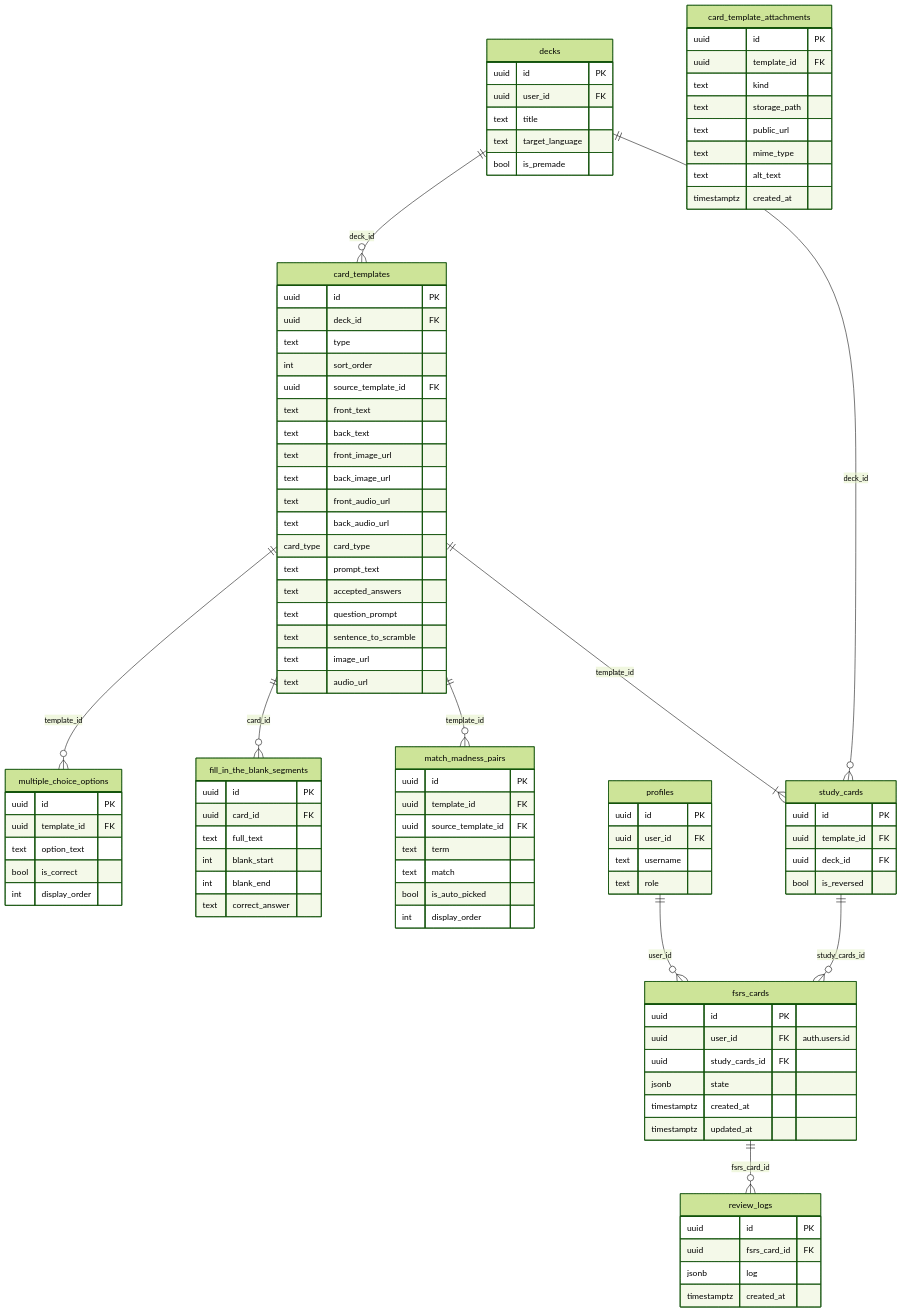
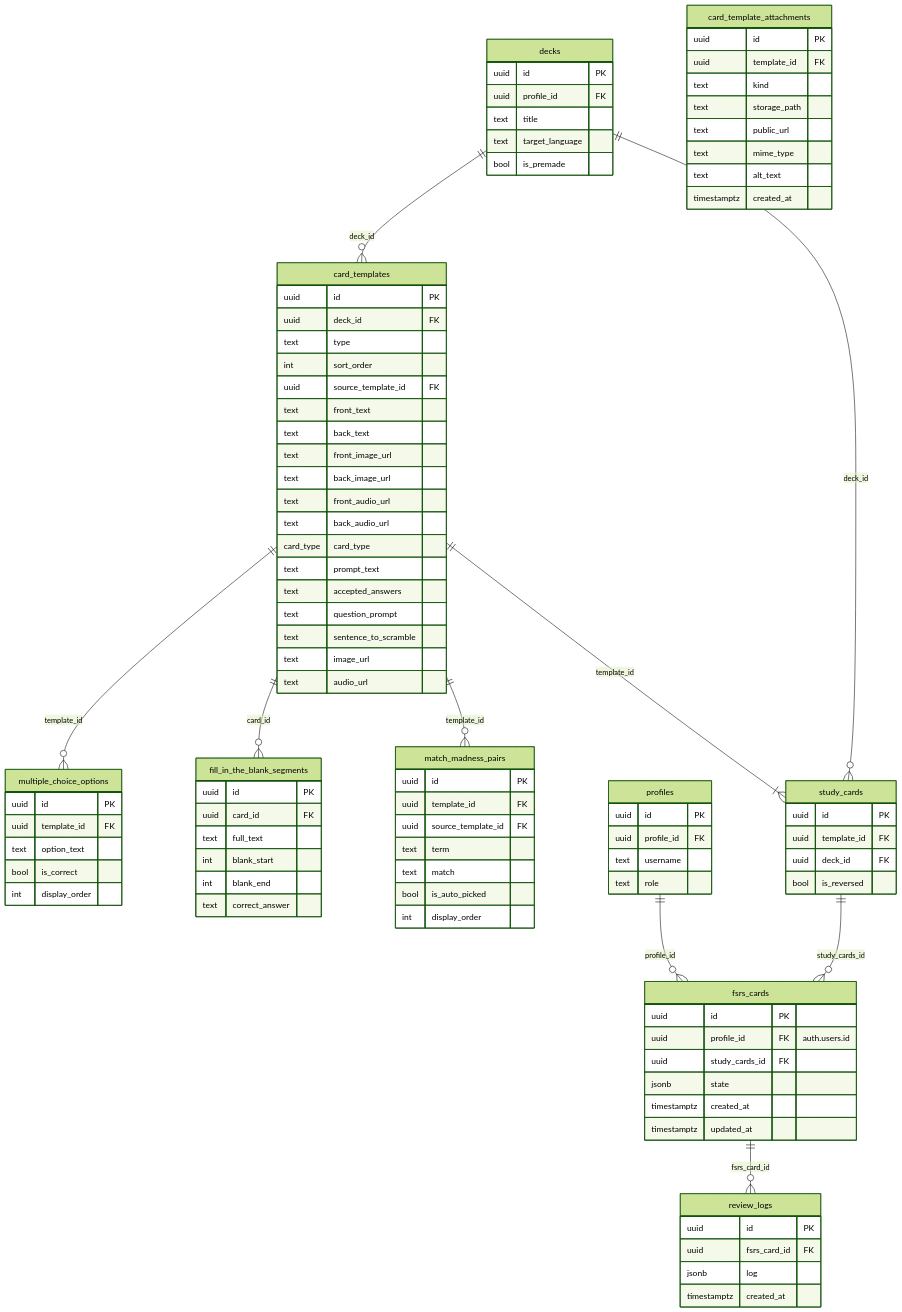
Before and after one commit to GuyWithBag/boo_mondai: the diagram in documentation/card_system.md, drawn with Mermaid (forest theme). The commit also changed other lines of this file and 10 other files, not shown here.

Commit message:
docs(project): refresh architecture and sync notes

````diff
--- a/documentation/card_system.md
+++ b/documentation/card_system.md
@@ -21,7 +21,7 @@
 
   decks {
     uuid id PK
-    uuid user_id FK
+    uuid profile_id FK
     text title
     text target_language
     bool is_premade
@@ -105,14 +105,14 @@
 
   profiles {
     uuid id PK
-    uuid user_id FK
+    uuid profile_id FK
     text username
     text role
   }
 
   fsrs_cards {
     uuid id PK
-    uuid user_id FK "auth.users.id"
+    uuid profile_id FK "auth.users.id"
     uuid study_cards_id FK
     jsonb state
     timestamptz created_at
@@ -132,7 +132,7 @@
   card_templates     ||--o{ match_madness_pairs     : "template_id"
   card_templates     ||--|{ study_cards             : "template_id"
   decks              ||--o{ study_cards             : "deck_id"
-  profiles           ||--o{ fsrs_cards               : "user_id"
+  profiles           ||--o{ fsrs_cards               : "profile_id"
   study_cards       ||--o{ fsrs_cards               : "study_cards_id"
   fsrs_cards         ||--o{ review_logs              : "fsrs_card_id"
 ```
````
